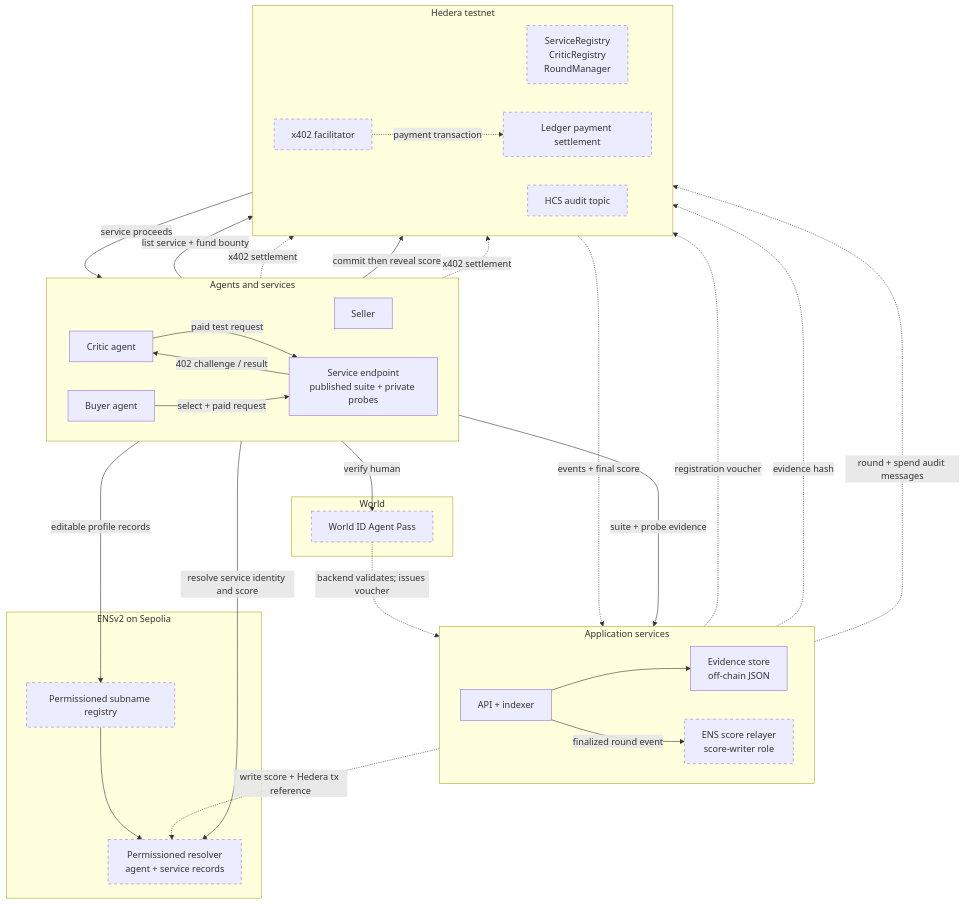
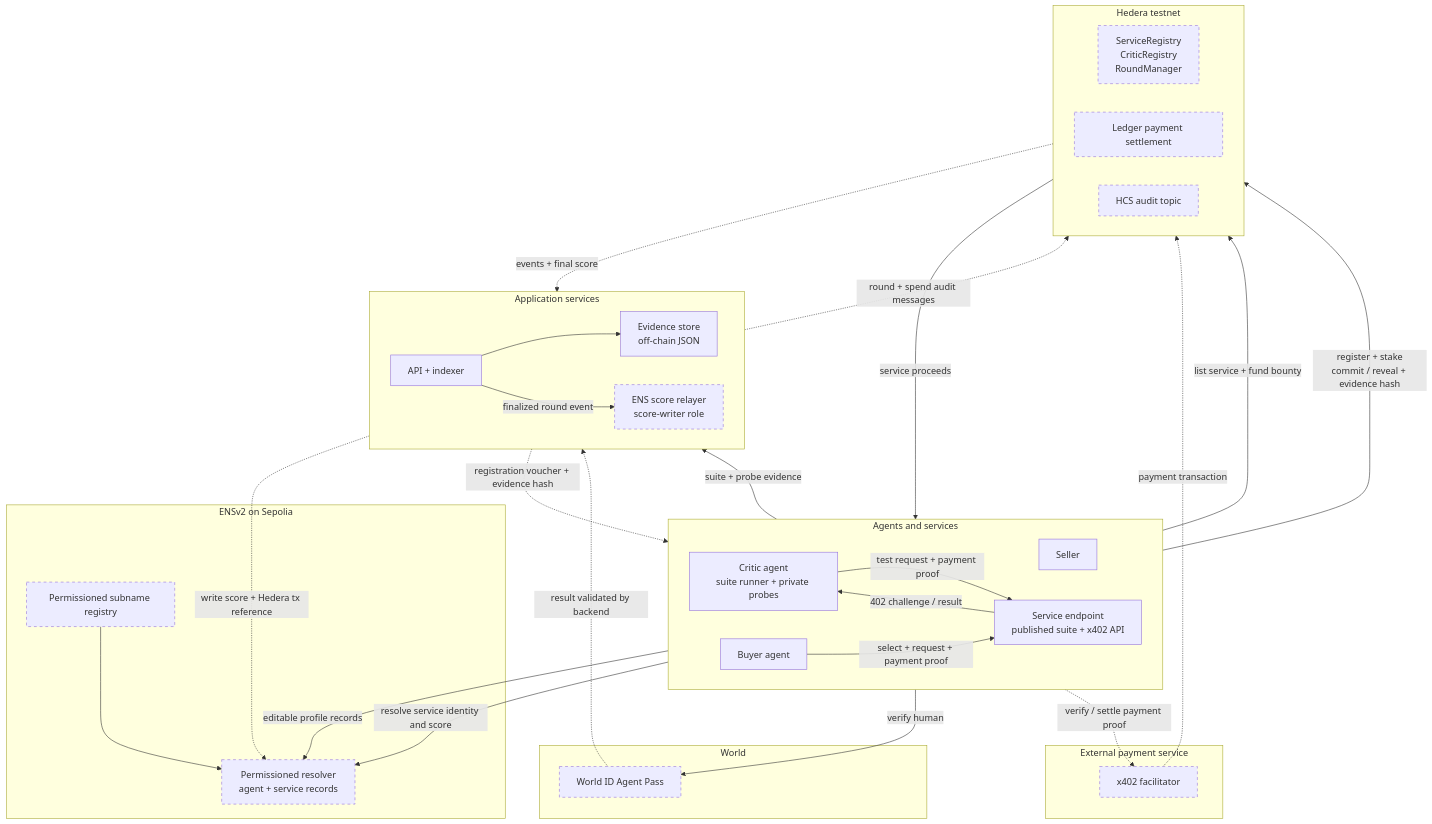
Before and after one commit to anmxlr/skeptique: the diagram in docs/architecture.mmd, drawn with Mermaid. The commit also changed 2 other files, not shown here.

Commit message:
fix(docs): align trust diagram and disclose mocked identity proofs

```diff
--- a/docs/architecture.mmd
+++ b/docs/architecture.mmd
@@ -1,58 +1,59 @@
 flowchart TB
   subgraph people[Agents and services]
     direction LR
     seller[Seller]
-    critic[Critic agent]
+    critic[Critic agent<br/>suite runner + private probes]
     buyer[Buyer agent]
-    service[Service endpoint<br/>published suite + private probes]
+    service[Service endpoint<br/>published suite + x402 API]
   end
 
   subgraph world[World]
     pass[World ID Agent Pass]
+  end
+
+  subgraph payments[External payment service]
+    facilitator[x402 facilitator]
   end
 
   subgraph app[Application services]
     direction LR
     api[API + indexer]
     evidence[Evidence store<br/>off-chain JSON]
     relayer[ENS score relayer<br/>score-writer role]
   end
 
   subgraph hedera[Hedera testnet]
     direction LR
     contracts[ServiceRegistry<br/>CriticRegistry<br/>RoundManager]
-    facilitator[x402 facilitator]
     settlement[Ledger payment settlement]
     hcs[HCS audit topic]
   end
 
   subgraph ens[ENSv2 on Sepolia]
     registry[Permissioned subname registry]
     resolver[Permissioned resolver<br/>agent + service records]
   end
 
   seller -->|list service + fund bounty| contracts
-  seller -->|editable profile records| registry
+  seller -->|editable profile records| resolver
   critic -->|verify human| pass
-  pass -.->|backend validates; issues voucher| api
-  api -.->|registration voucher| contracts
-  critic -->|paid test request| service
+  pass -.->|result validated by backend| api
+  api -.->|registration voucher + evidence hash| critic
+  critic -->|test request + payment proof| service
   service -->|402 challenge / result| critic
-  critic -.->|x402 settlement| facilitator
+  service -.->|verify / settle payment proof| facilitator
   facilitator -.->|payment transaction| settlement
   settlement -->|service proceeds| seller
   critic -->|suite + probe evidence| api
   api --> evidence
-  api -.->|evidence hash| contracts
-  critic -->|commit then reveal score| contracts
+  critic -->|register + stake<br/>commit / reveal + evidence hash| contracts
   contracts -.->|events + final score| api
   api -->|finalized round event| relayer
   relayer -.->|round + spend audit messages| hcs
   relayer -.->|write score + Hedera tx reference| resolver
   registry --> resolver
   buyer -->|resolve service identity and score| resolver
-  buyer -->|select + paid request| service
-  buyer -.->|x402 settlement| facilitator
+  buyer -->|select + request + payment proof| service
 
   classDef pending stroke-dasharray: 5 5;
   class pass,facilitator,settlement,hcs,contracts,relayer,registry,resolver pending;
```
